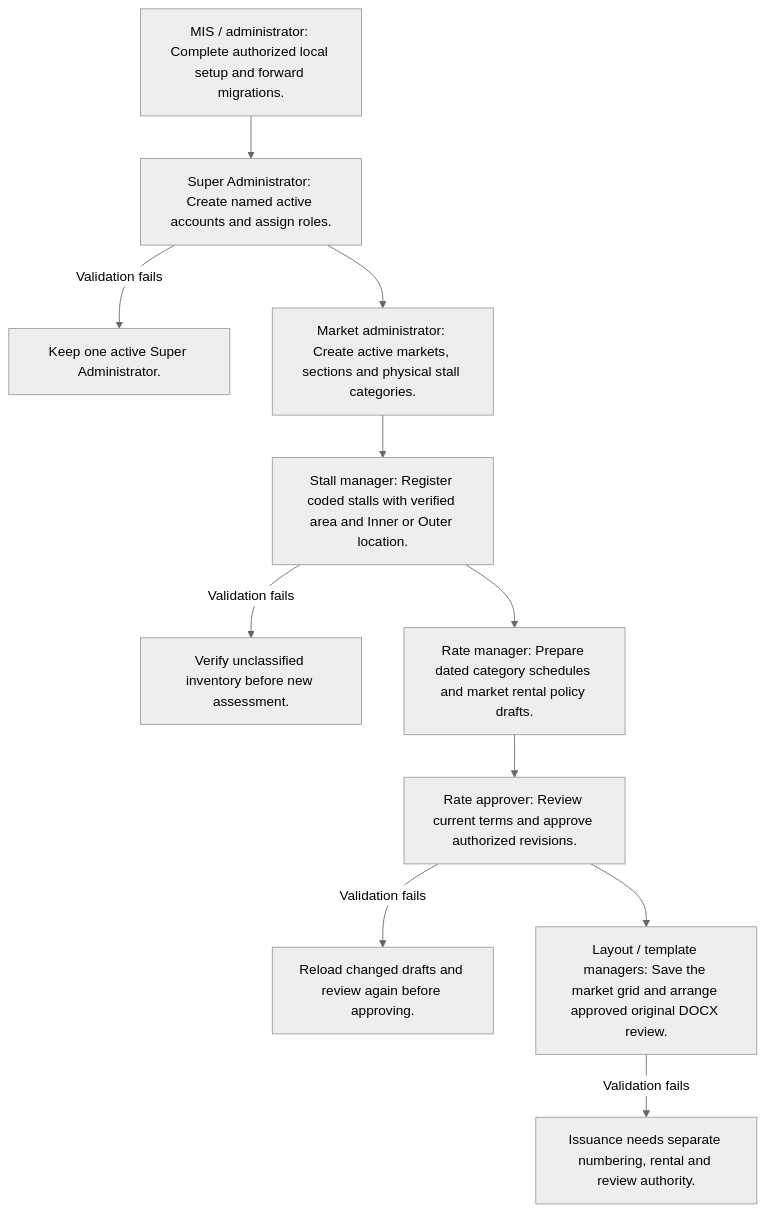
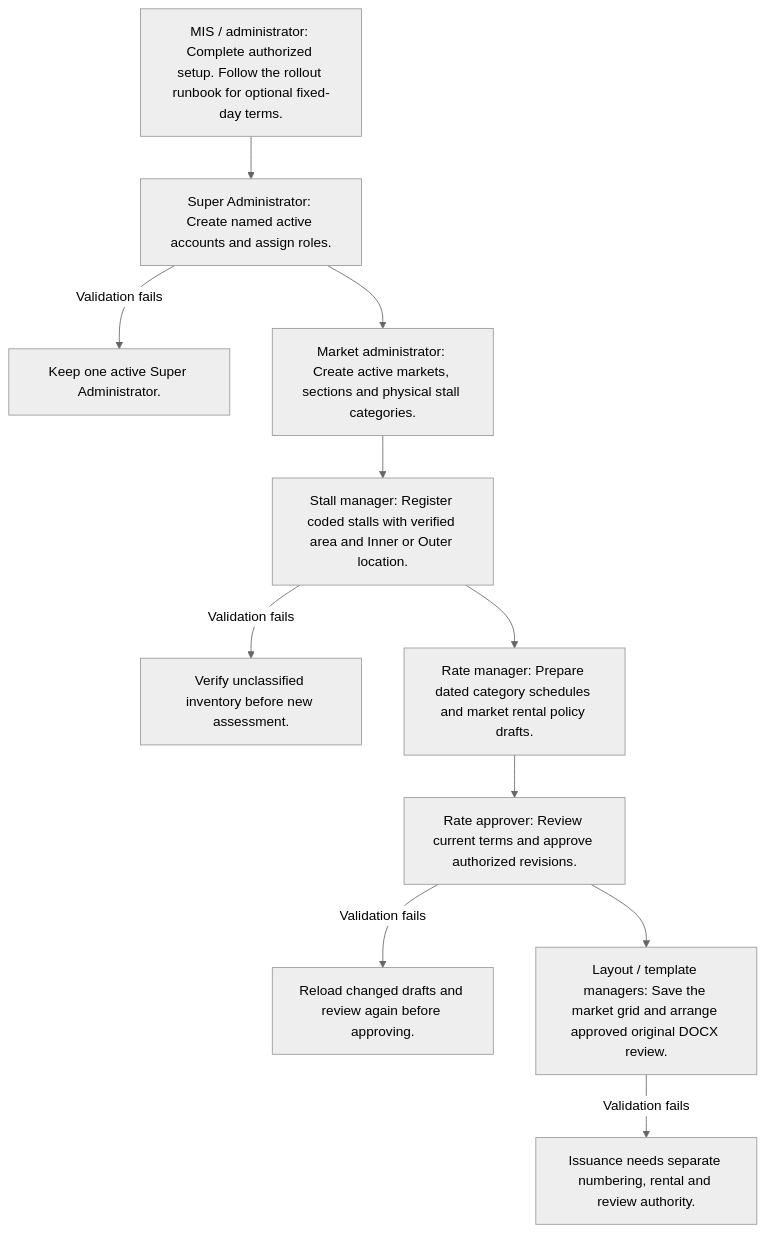
Before and after one commit to byte-vnz/markethub: the diagram in docs/user-manual/workflows/02-configuration.mmd, drawn with Mermaid (neutral theme). The commit also changed 208 other files, not shown here.

```diff
--- a/docs/user-manual/workflows/02-configuration.mmd
+++ b/docs/user-manual/workflows/02-configuration.mmd
@@ -1,18 +1,18 @@
 flowchart TD
-    N0["MIS / administrator: Complete authorized local setup and forward migrations."]
+    N0["MIS / administrator: Complete authorized setup. Follow the rollout runbook for optional fixed-day terms."]
     N1["Super Administrator: Create named active accounts and assign roles."]
     N0 --> N1
     N1 -->|Validation fails| F1["Keep one active Super Administrator."]
     N2["Market administrator: Create active markets, sections and physical stall categories."]
     N1 --> N2
     N3["Stall manager: Register coded stalls with verified area and Inner or Outer location."]
     N2 --> N3
     N3 -->|Validation fails| F3["Verify unclassified inventory before new assessment."]
     N4["Rate manager: Prepare dated category schedules and market rental policy drafts."]
     N3 --> N4
     N5["Rate approver: Review current terms and approve authorized revisions."]
     N4 --> N5
     N5 -->|Validation fails| F5["Reload changed drafts and review again before approving."]
     N6["Layout / template managers: Save the market grid and arrange approved original DOCX review."]
     N5 --> N6
     N6 -->|Validation fails| F6["Issuance needs separate numbering, rental and review authority."]
```
